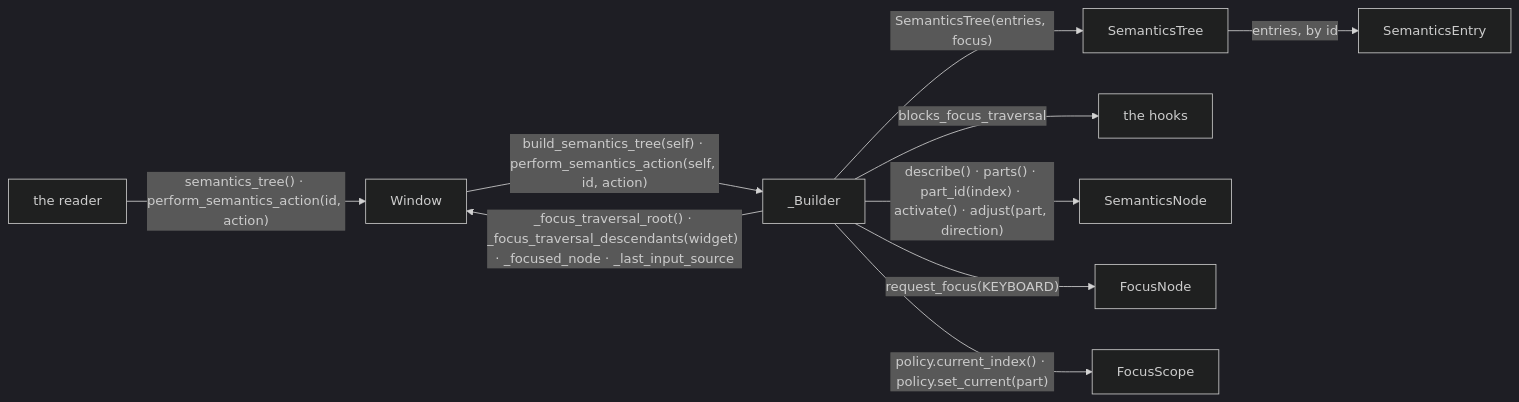
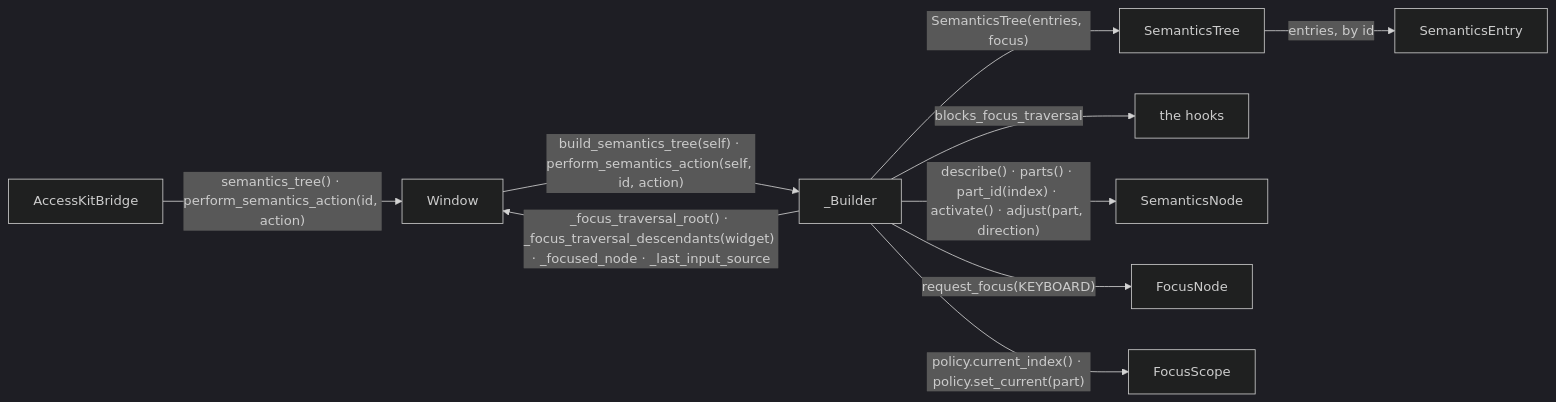
One commit to yuksblog/nuiitivet changed the third of 7 diagrams in docs/design/ACCESSIBILITY.md. Above: the diagram before and after it, drawn with Mermaid (dark theme). The commit also changed other lines of this file and 18 other files, not shown here.

First line of the commit message:
feat(accessibility): hand the semantics tree to VoiceOver through AccessKit on macOS

````diff
--- a/docs/design/ACCESSIBILITY.md
+++ b/docs/design/ACCESSIBILITY.md
@@ -105,22 +112,22 @@
 ```mermaid
 flowchart LR
-    reader[the reader]
+    reader[AccessKitBridge]
     window[Window]
     builder[_Builder]
     tree[SemanticsTree]
     entry[SemanticsEntry]
     hooks[the hooks]
     node[SemanticsNode]
     focus[FocusNode]
     scope[FocusScope]
 
     reader -- "semantics_tree() · perform_semantics_action(id, action)" --> window
     window -- "build_semantics_tree(self) · perform_semantics_action(self, id, action)" --> builder
     builder -- "_focus_traversal_root() · _focus_traversal_descendants(widget) · _focused_node · _last_input_source" --> window
     builder -- "blocks_focus_traversal" --> hooks
     builder -- "describe() · parts() · part_id(index) · activate() · adjust(part, direction)" --> node
     builder -- "policy.current_index() · policy.set_current(part)" --> scope
     builder -- "request_focus(KEYBOARD)" --> focus
     builder -- "SemanticsTree(entries, focus)" --> tree
     tree -- "entries, by id" --> entry
 ```
````
